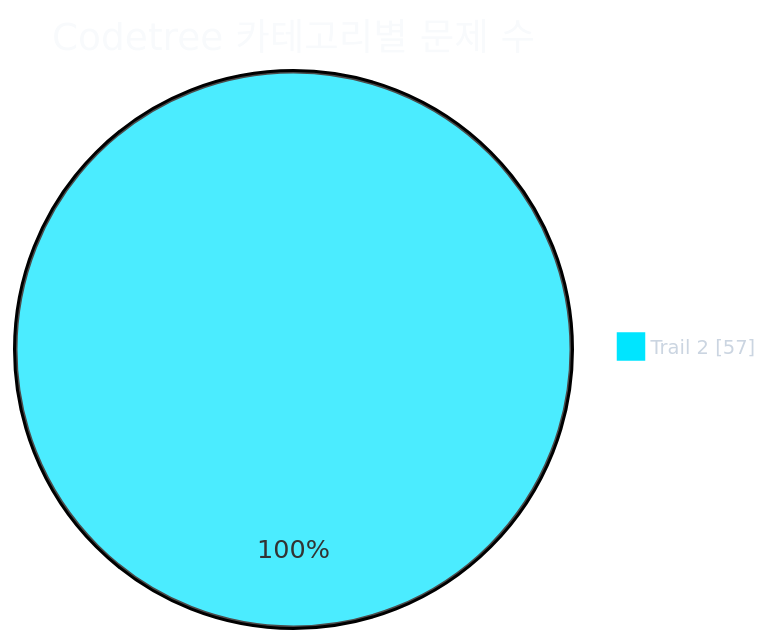
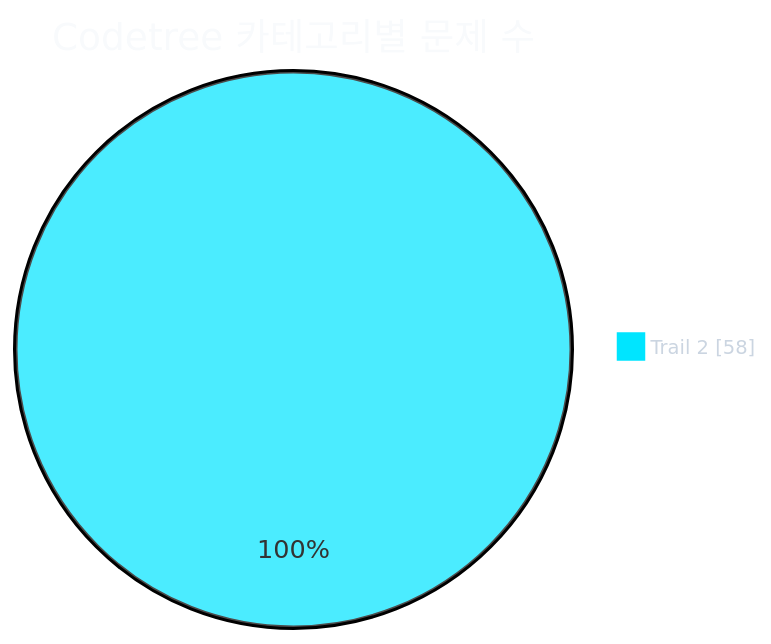
Before and after one commit to CHOOSLA/Algorithm: the first of 2 diagrams in readme.md, drawn with Mermaid. The commit also changed other lines of this file and 2 other files, not shown here.

````diff
--- a/readme.md
+++ b/readme.md
@@ -31,21 +31,21 @@
 ```mermaid
 ---
 config:
   theme: base
   themeVariables:
     background: '#0d1117'
     pieTitleTextColor: '#f8fafc'
     pieLegendTextColor: '#cbd5e1'
     pieLegendTextSize: '13px'
     pie1: '#00e5ff'
     pie2: '#22c55e'
     pie3: '#f59e0b'
     pie4: '#a855f7'
     pie5: '#ec4899'
     pie6: '#3b82f6'
     pie7: '#64748b'
 ---
 pie showData
   title Codetree 카테고리별 문제 수
-  "Trail 2" : 57
+  "Trail 2" : 58
 ```
````
